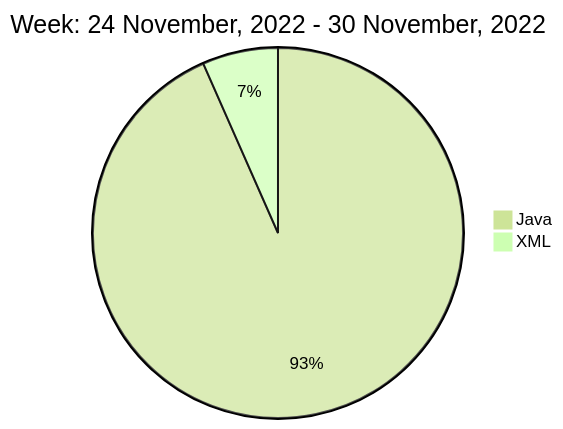
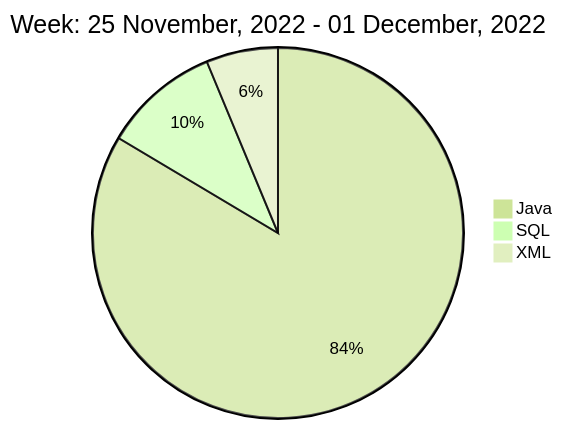
The diagram in README.md (liubin95/liubin95), drawn with Mermaid (forest theme) before and after one commit.

Commit message:
Updated the Graph with new Metrics

````diff
--- a/README.md
+++ b/README.md
@@ -40,6 +40,7 @@
 ```mermaid
  pie
-title Week: 24 November, 2022 - 30 November, 2022
- "Java" : 16.95
+title Week: 25 November, 2022 - 01 December, 2022
+ "Java" : 16.0
+ "SQL" : 1.95
  "XML" : 1.2
 ```
````
